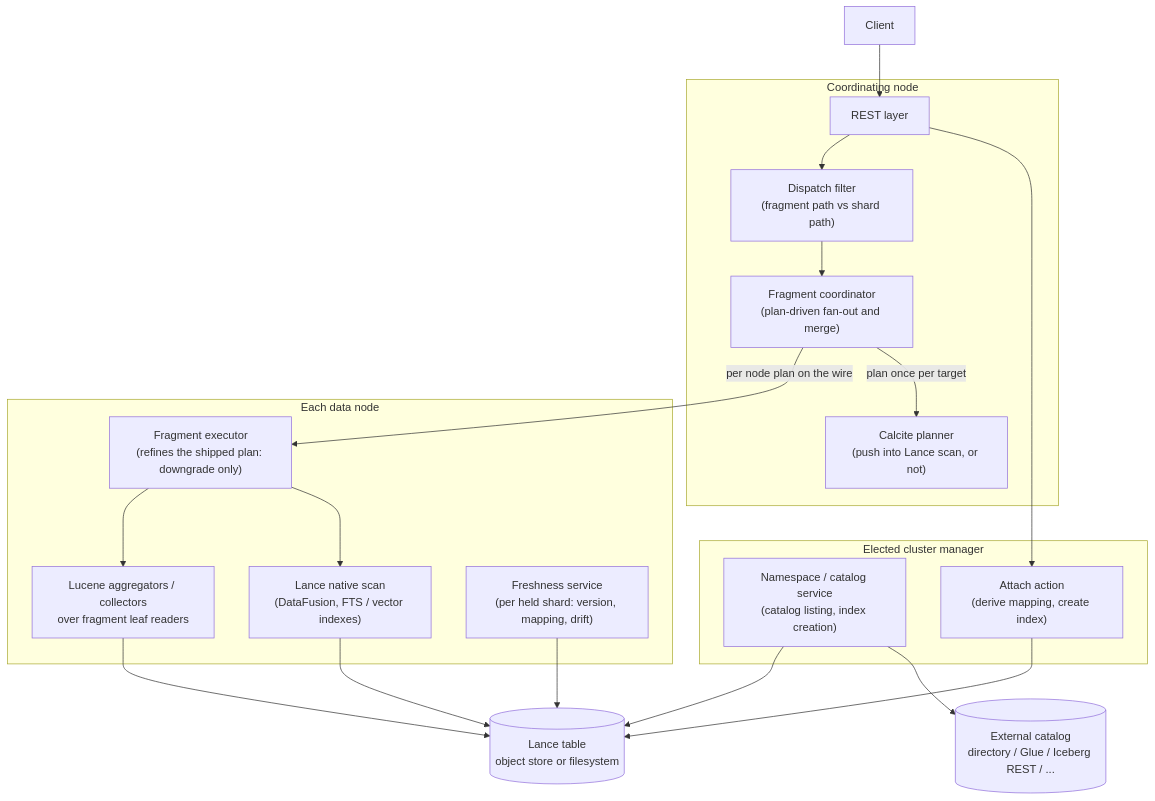
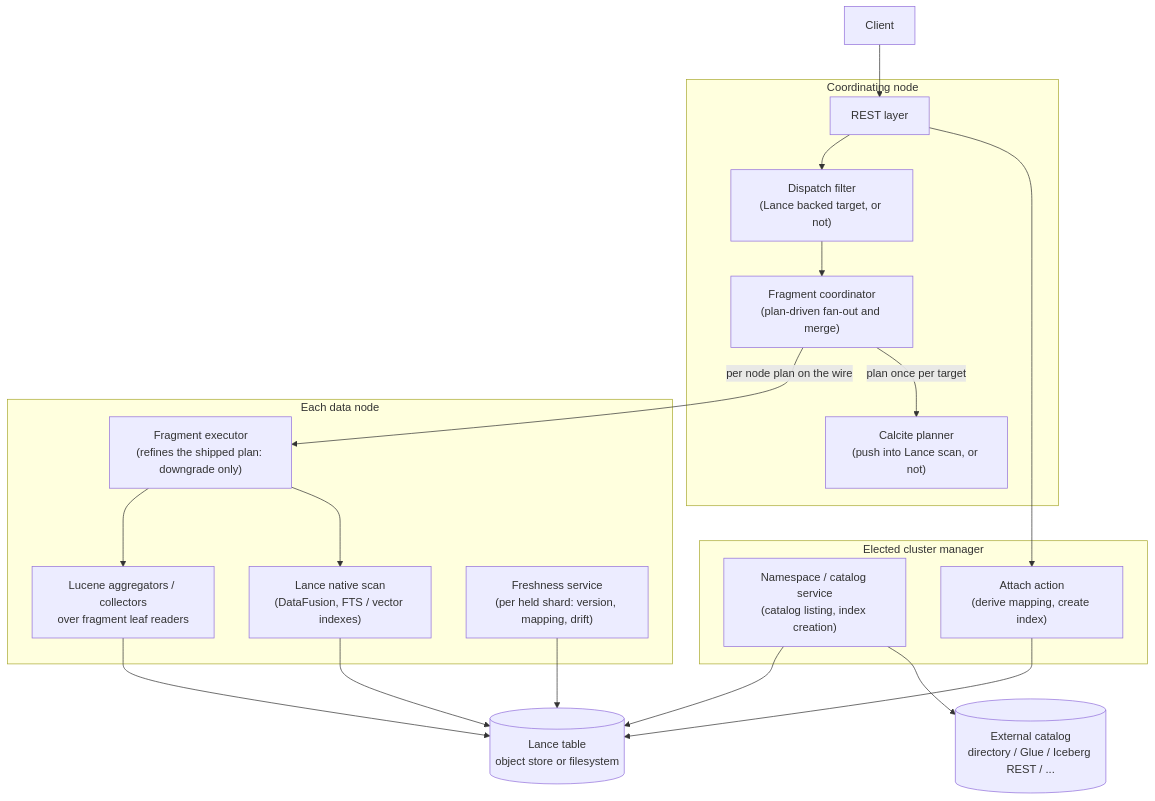
Before and after one commit to lawofcycles/lance-opensearch: the first of 5 diagrams in docs/architecture.md, drawn with Mermaid. The commit also changed other lines of this file and 10 other files, not shown here.

First line of the commit message:
Docs: the fragment path is the only search path, suggest and highlight are refused

````diff
--- a/docs/architecture.md
+++ b/docs/architecture.md
@@ -49,36 +49,36 @@
 ```mermaid
 flowchart TD
     CL[Client]
     subgraph cm ["Elected cluster manager"]
         NS["Namespace / catalog service<br/>(catalog listing, index creation)"]
         AT["Attach action<br/>(derive mapping, create index)"]
     end
     subgraph coord ["Coordinating node"]
         RE["REST layer"]
-        DF["Dispatch filter<br/>(fragment path vs shard path)"]
+        DF["Dispatch filter<br/>(Lance backed target, or not)"]
         PL["Calcite planner<br/>(push into Lance scan, or not)"]
         CO["Fragment coordinator<br/>(plan-driven fan-out and merge)"]
     end
     subgraph data ["Each data node"]
         EX["Fragment executor<br/>(refines the shipped plan: downgrade only)"]
         LU["Lucene aggregators / collectors<br/>over fragment leaf readers"]
         LN["Lance native scan<br/>(DataFusion, FTS / vector indexes)"]
         FR["Freshness service<br/>(per held shard: version, mapping, drift)"]
     end
     ST[("Lance table<br/>object store or filesystem")]
     CAT[("External catalog<br/>directory / Glue / Iceberg REST / ...")]
     CL --> RE
     RE --> AT
     RE --> DF
     DF --> CO
     CO -- "plan once per target" --> PL
     CO -- "per node plan on the wire" --> EX
     EX --> LN
     EX --> LU
     LN --> ST
     LU --> ST
     AT --> ST
     NS --> CAT
     NS --> ST
     FR --> ST
 ```
````
